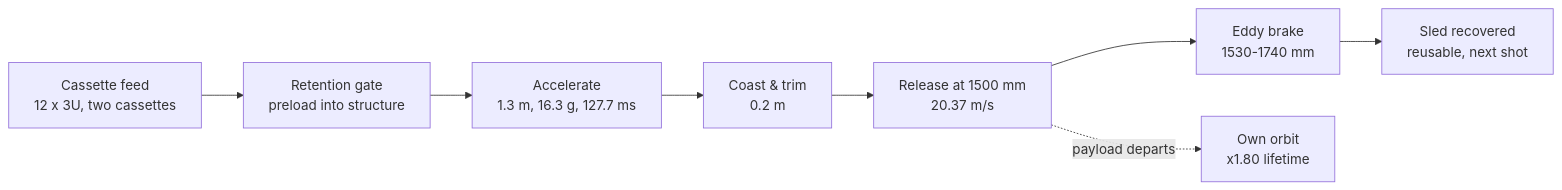
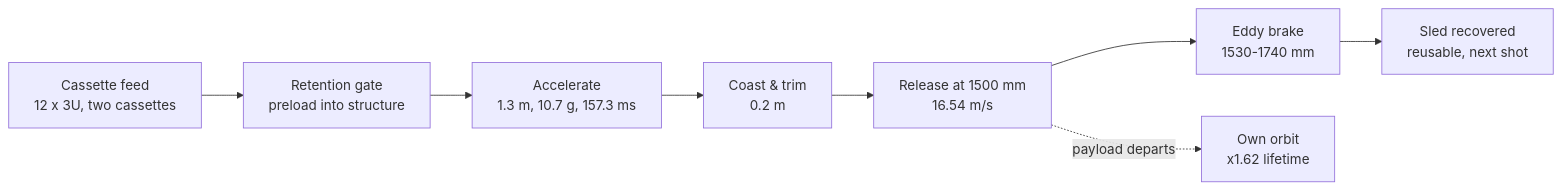
One commit to aaaaaaaaaaaavm/EMOCD changed the first of 3 diagrams in README.md. Above: the diagram before and after it, drawn with Mermaid. The commit also changed other lines of this file and 2 other files, not shown here.

First line of the commit message:
docs: a one-page summary, a dated roadmap, contact details, and the host work surfaced

````diff
--- a/README.md
+++ b/README.md
@@ -50,10 +52,10 @@
 ```mermaid
 flowchart LR
     A["Cassette feed<br/>12 x 3U, two cassettes"] --> B["Retention gate<br/>preload into structure"]
-    B --> C["Accelerate<br/>1.3 m, 16.3 g, 127.7 ms"]
+    B --> C["Accelerate<br/>1.3 m, 10.7 g, 157.3 ms"]
     C --> D["Coast &amp; trim<br/>0.2 m"]
-    D --> E["Release at 1500 mm<br/>20.37 m/s"]
+    D --> E["Release at 1500 mm<br/>16.54 m/s"]
     E --> F["Eddy brake<br/>1530-1740 mm"]
     F --> G["Sled recovered<br/>reusable, next shot"]
-    E -.->|"payload departs"| H["Own orbit<br/>x1.80 lifetime"]
+    E -.->|"payload departs"| H["Own orbit<br/>x1.62 lifetime"]
 ```
````
